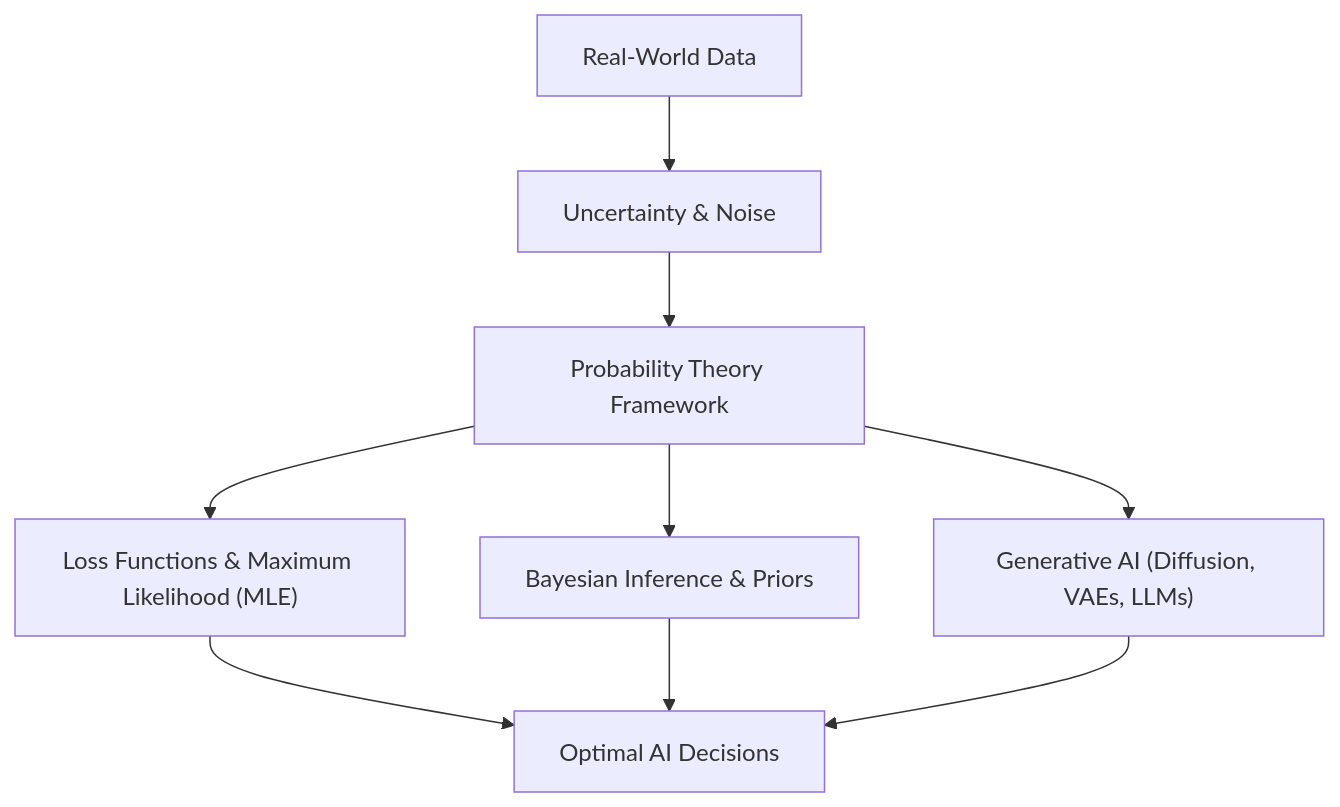
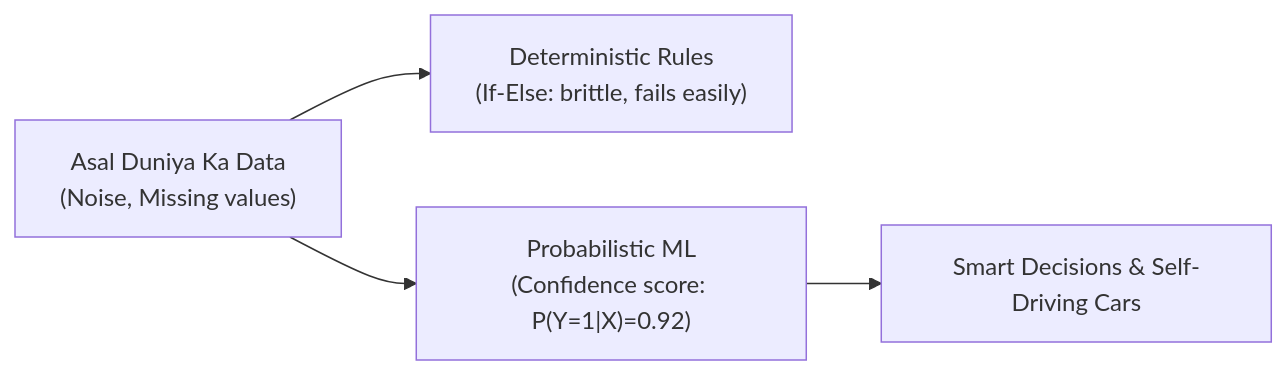
Before and after one commit to S1h2i3v4a/AI_ML: the diagram in lecture_20/Notes_20.01/README_HINGLISH.md, drawn with Mermaid. The commit also changed other lines of this file and 203 other files, not shown here.

Commit message:
docs(lectures 19-21): align notes with video lectures, add blackboard diagrams, clean structured functions, and compile vector PDFs

````diff
--- a/lecture_20/Notes_20.01/README_HINGLISH.md
+++ b/lecture_20/Notes_20.01/README_HINGLISH.md
@@ -15,11 +44,6 @@
 ```mermaid
-flowchart TD
-    A["Real-World Data"] --> B["Uncertainty & Noise"]
-    B --> C["Probability Theory Framework"]
-    C --> D["Loss Functions & Maximum Likelihood (MLE)"]
-    C --> E["Bayesian Inference & Priors"]
-    C --> F["Generative AI (Diffusion, VAEs, LLMs)"]
-    D --> G["Optimal AI Decisions"]
-    E --> G
-    F --> G
+flowchart LR
+    A["Asal Duniya Ka Data<br/>(Noise, Missing values)"] --> B["Deterministic Rules<br/>(If-Else: brittle, fails easily)"]
+    A --> C["Probabilistic ML<br/>(Confidence score: P(Y=1|X)=0.92)"]
+    C --> D["Smart Decisions & Self-Driving Cars"]
 ```
````
